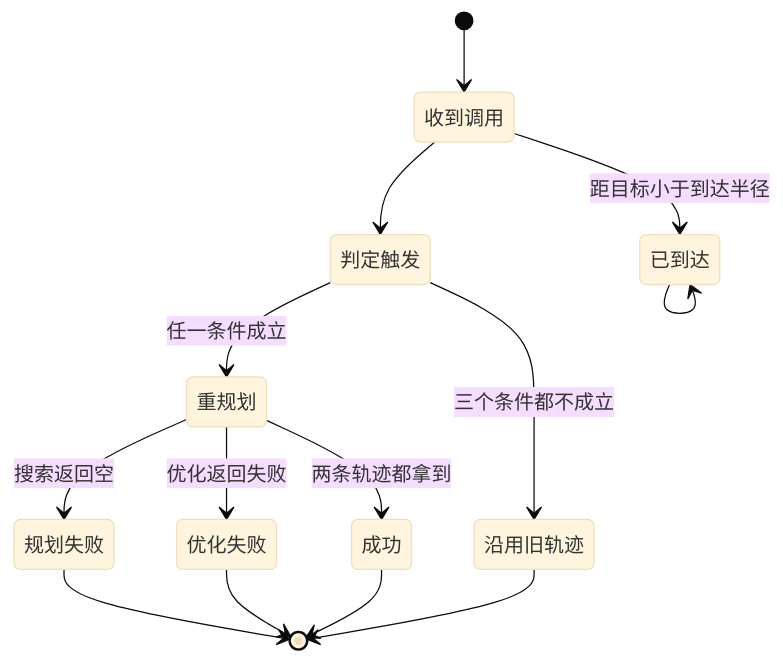
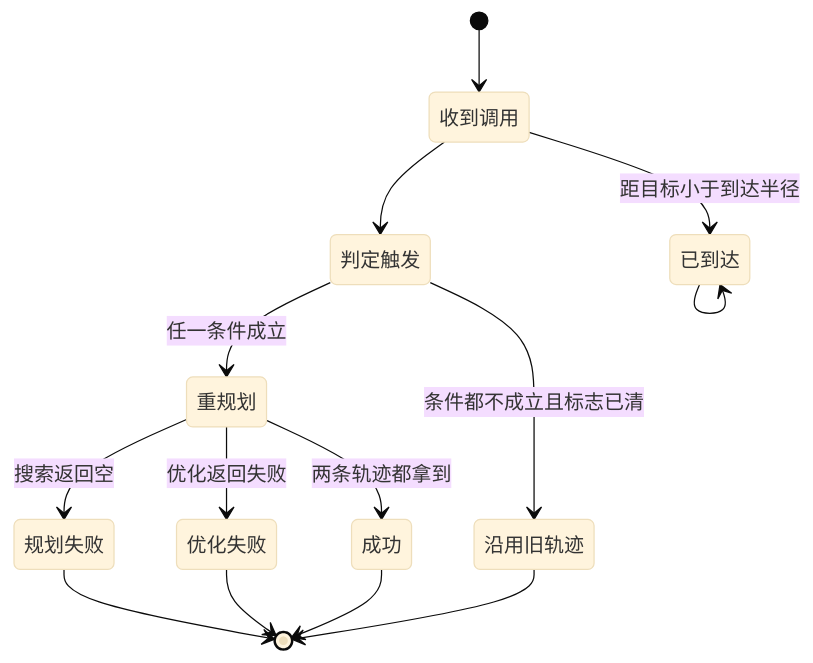
Before and after one commit to YD07-xyt/MA_Nav: the third of 3 diagrams in docs/nav/planner/replan/流程图.md, drawn with Mermaid (base theme). The commit also changed other lines of this file and 107 other files, not shown here.

````diff
--- a/docs/nav/planner/replan/流程图.md
+++ b/docs/nav/planner/replan/流程图.md
@@ -103,16 +104,16 @@
 ```mermaid
 stateDiagram-v2
     [*] --> 收到调用
     收到调用 --> 已到达: 距目标小于到达半径
     收到调用 --> 判定触发
-    判定触发 --> 沿用旧轨迹: 三个条件都不成立
+    判定触发 --> 沿用旧轨迹: 条件都不成立且标志已清
     判定触发 --> 重规划: 任一条件成立
     重规划 --> 规划失败: 搜索返回空
     重规划 --> 优化失败: 优化返回失败
     重规划 --> 成功: 两条轨迹都拿到
     已到达 --> 已到达
     规划失败 --> [*]
     优化失败 --> [*]
     成功 --> [*]
     沿用旧轨迹 --> [*]
 ```
````
